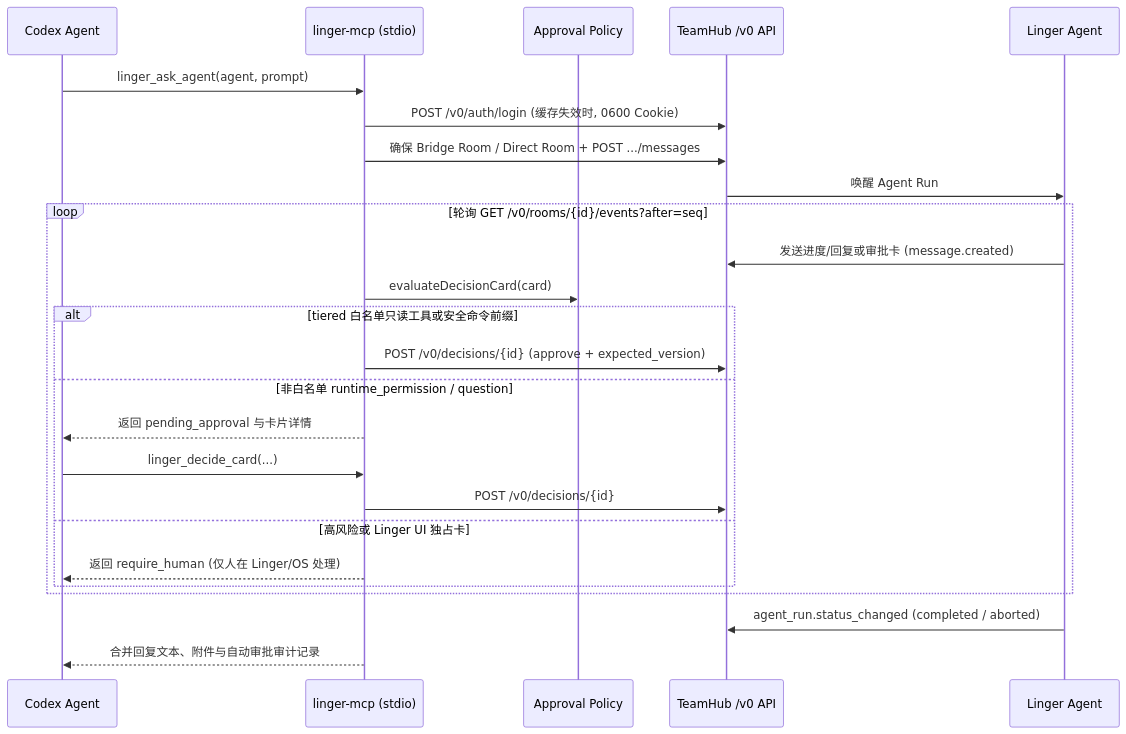
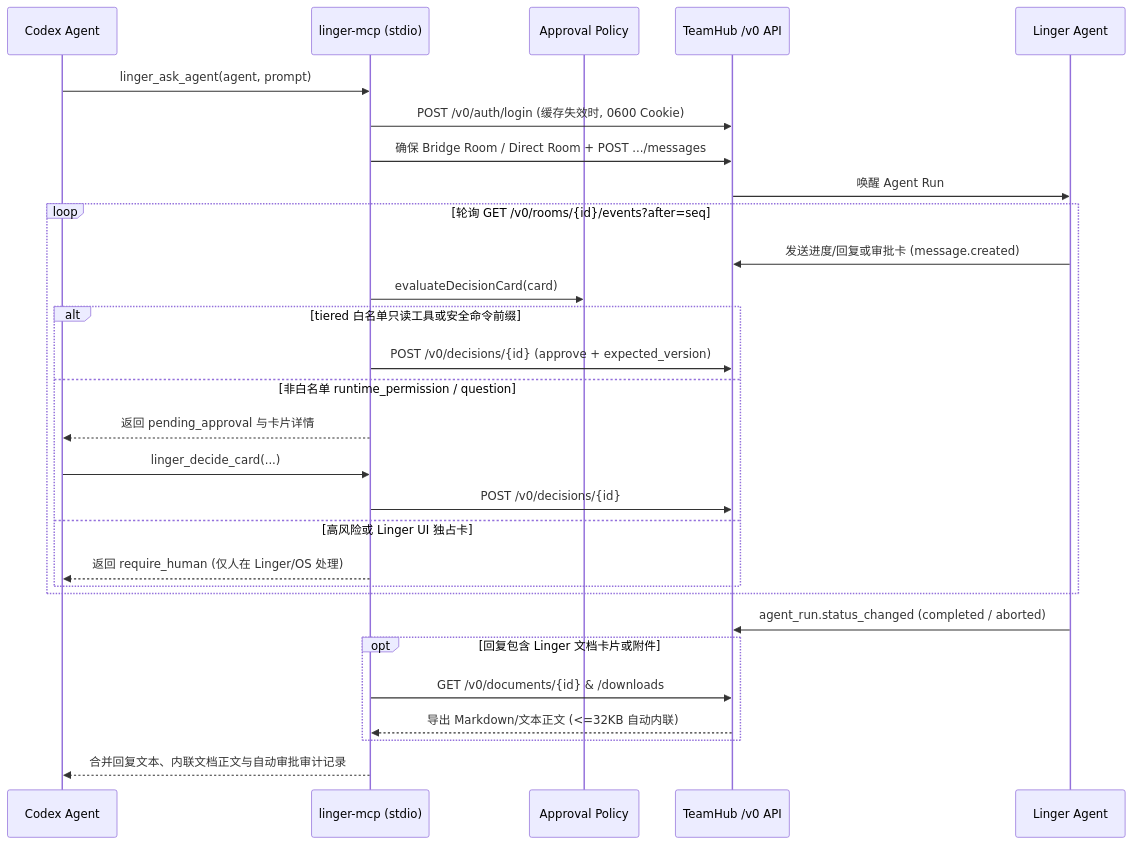
One commit to Liuji860/linger-mcp changed the diagram in README.md. Above: the diagram before and after it, drawn with Mermaid. The commit also changed other lines of this file and 5 other files, not shown here.

````diff
--- a/README.md
+++ b/README.md
@@ -103,28 +103,32 @@
 ```mermaid
 sequenceDiagram
   participant C as Codex Agent
   participant M as linger-mcp (stdio)
   participant P as Approval Policy
   participant T as TeamHub /v0 API
   participant A as Linger Agent
 
   C->>M: linger_ask_agent(agent, prompt)
   M->>T: POST /v0/auth/login (缓存失效时, 0600 Cookie)
   M->>T: 确保 Bridge Room / Direct Room + POST .../messages
   T->>A: 唤醒 Agent Run
   loop 轮询 GET /v0/rooms/{id}/events?after=seq
     A->>T: 发送进度/回复或审批卡 (message.created)
     M->>P: evaluateDecisionCard(card)
     alt tiered 白名单只读工具或安全命令前缀
       M->>T: POST /v0/decisions/{id} (approve + expected_version)
     else 非白名单 runtime_permission / question
       M-->>C: 返回 pending_approval 与卡片详情
       C->>M: linger_decide_card(...)
       M->>T: POST /v0/decisions/{id}
     else 高风险或 Linger UI 独占卡
       M-->>C: 返回 require_human (仅人在 Linger/OS 处理)
     end
   end
   A->>T: agent_run.status_changed (completed / aborted)
-  M-->>C: 合并回复文本、附件与自动审批审计记录
+  opt 回复包含 Linger 文档卡片或附件
+    M->>T: GET /v0/documents/{id} & /downloads
+    T-->>M: 导出 Markdown/文本正文 (<=32KB 自动内联)
+  end
+  M-->>C: 合并回复文本、内联文档正文与自动审批审计记录
 ```
````
